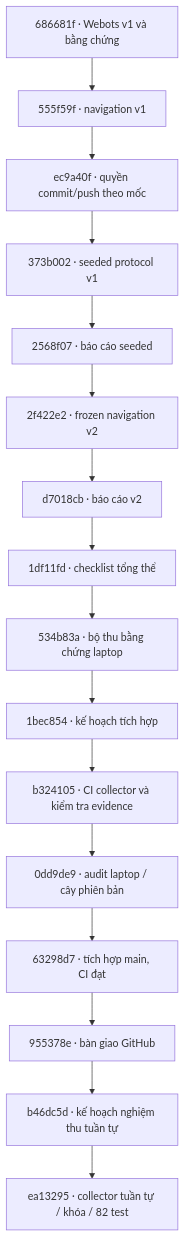
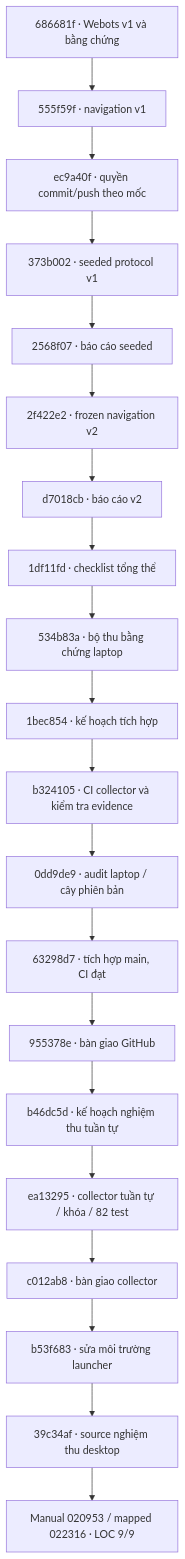
Before and after one commit to NguyenPhan161206/Game_Simulator_Lap-Blind_Drone: the diagram in docs/version-history.md, drawn with Mermaid. The commit also changed other lines of this file and 9 other files, not shown here.

Commit message:
docs: complete local acceptance with verified manual and mapped evidence

````diff
--- a/docs/version-history.md
+++ b/docs/version-history.md
@@ -9,18 +9,22 @@
 ```mermaid
 flowchart TD
   W["686681f · Webots v1 và bằng chứng"] --> N["555f59f · navigation v1"]
   N --> G["ec9a40f · quyền commit/push theo mốc"]
   G --> S["373b002 · seeded protocol v1"]
   S --> SD["2568f07 · báo cáo seeded"]
   SD --> V["2f422e2 · frozen navigation v2"]
   V --> VD["d7018cb · báo cáo v2"]
   VD --> C["1df11fd · checklist tổng thể"]
   C --> L["534b83a · bộ thu bằng chứng laptop"]
   L --> P["1bec854 · kế hoạch tích hợp"]
   P --> T["b324105 · CI collector và kiểm tra evidence"]
   T --> A["0dd9de9 · audit laptop / cây phiên bản"]
   A --> I["63298d7 · tích hợp main, CI đạt"]
   I --> H["955378e · bàn giao GitHub"]
   H --> P8["b46dc5d · kế hoạch nghiệm thu tuần tự"]
   P8 --> L8["ea13295 · collector tuần tự / khóa / 82 test"]
+  L8 --> H8["c012ab8 · bàn giao collector"]
+  H8 --> F9["b53f683 · sửa môi trường launcher"]
+  F9 --> H9["39c34af · source nghiệm thu desktop"]
+  H9 --> LOC["Manual 020953 / mapped 022316 · LOC 9/9"]
 ```
````
